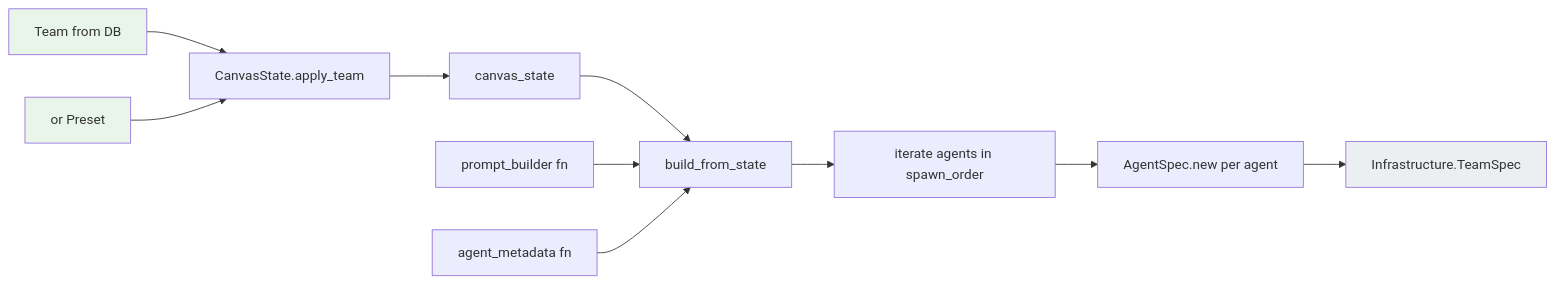
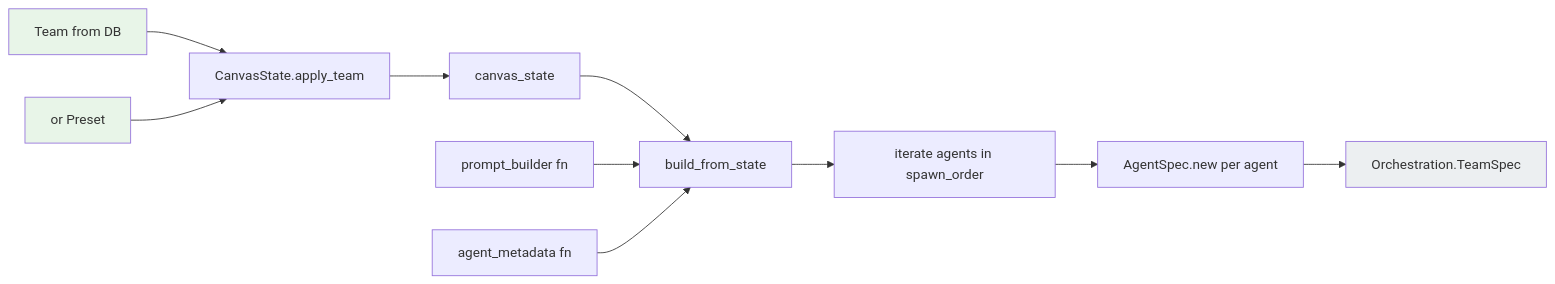
One commit to architects-of-type-IV/agent-observatory changed the eighth of 21 diagrams in docs/diagrams/architecture.md. Above: the diagram before and after it, drawn with Mermaid. The commit also changed other lines of this file and 7 other files, not shown here.

First line of the commit message:
docs: sync all architecture docs to hexagonal reorg final state

````diff
--- a/docs/diagrams/architecture.md
+++ b/docs/diagrams/architecture.md
@@ -357,16 +379,16 @@
 ```mermaid
 flowchart LR
     A[Team from DB] --> B[CanvasState.apply_team]
     C[or Preset] --> B
     B --> D[canvas_state]
     D --> E[build_from_state]
     F[prompt_builder fn] --> E
     G[agent_metadata fn] --> E
     E --> H[iterate agents in spawn_order]
     H --> I[AgentSpec.new per agent]
-    I --> J[Infrastructure.TeamSpec]
+    I --> J[Orchestration.TeamSpec]
 
     style A fill:#e8f5e8
     style C fill:#e8f5e8
     style J fill:#eceff1
 ```
````
